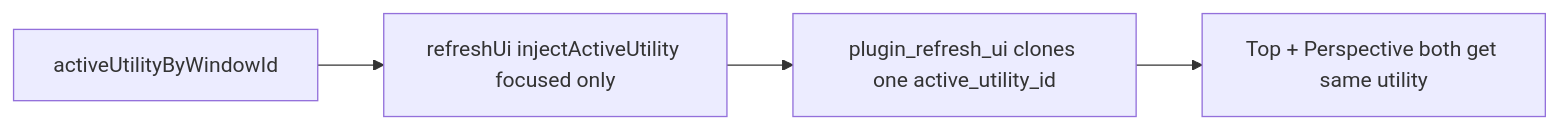
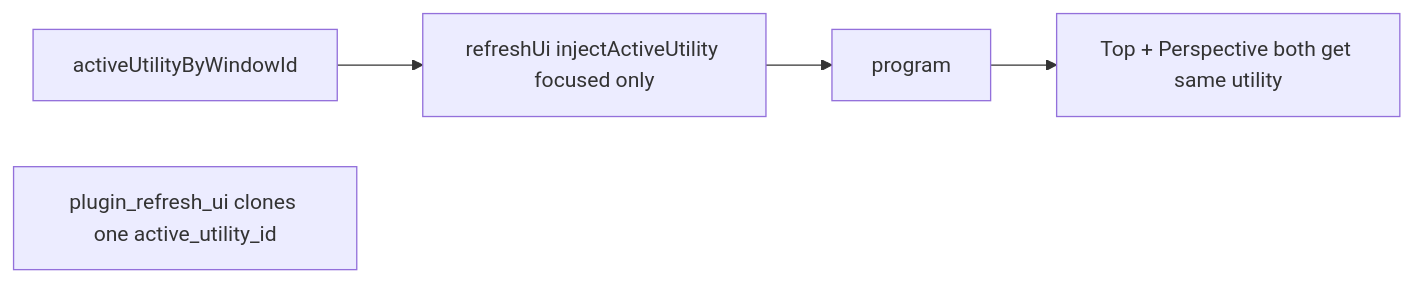
One commit to usalu/semio changed the diagram in .cursor/plans/window-local_utilities_5129850a.plan.md. Above: the diagram before and after it, drawn with Mermaid. The commit also changed other lines of this file and 1361 other files, not shown here.

````diff
--- a/.cursor/plans/window-local_utilities_5129850a.plan.md
+++ b/.cursor/plans/window-local_utilities_5129850a.plan.md
@@ -49,8 +49,8 @@
 ```mermaid
 flowchart LR
   shell["activeUtilityByWindowId"]
   refresh["refreshUi injectActiveUtility focused only"]
   plugin["plugin_refresh_ui clones one active_utility_id"]
   panes["Top + Perspective both get same utility"]
-  shell --> refresh --> plugin --> panes
+  shell --> refresh --> program --> panes
 ```
````
